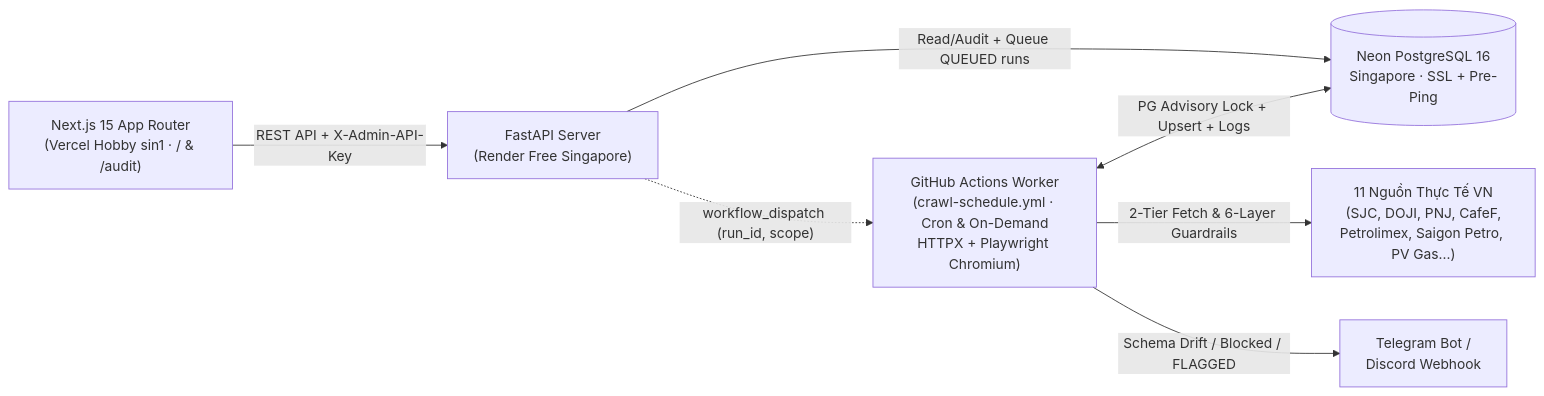
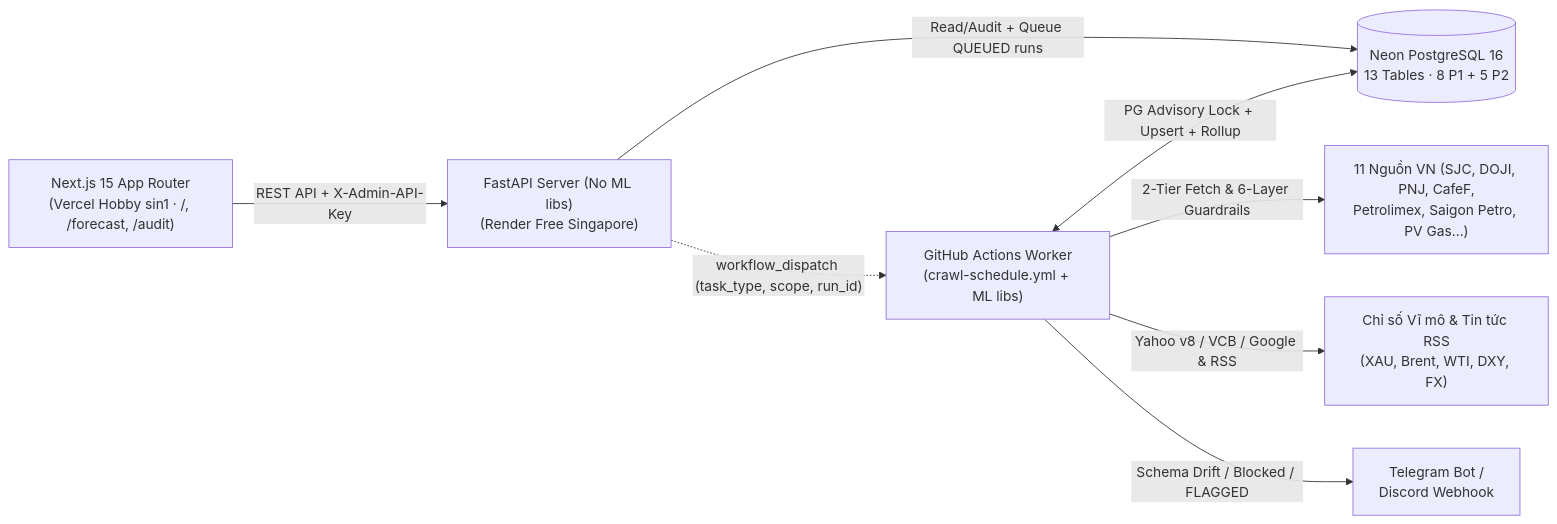
Before and after one commit to Dopdopman/vxg-tracker: the diagram in README.md, drawn with Mermaid. The commit also changed other lines of this file and 17 other files, not shown here.

Commit message:
feat(phase2): complete milestone 10 forecast ui, audit accuracy tab, ci, and docs

````diff
--- a/README.md
+++ b/README.md
@@ -18,9 +19,10 @@
 ```mermaid
 flowchart LR
-    WEB["Next.js 15 App Router\n(Vercel Hobby sin1 · / & /audit)"] -->|"REST API + X-Admin-API-Key"| API["FastAPI Server\n(Render Free Singapore)"]
-    API -->|"Read/Audit + Queue QUEUED runs"| DB[("Neon PostgreSQL 16\nSingapore · SSL + Pre-Ping")]
-    API -.->|"workflow_dispatch (run_id, scope)"| GHA["GitHub Actions Worker\n(crawl-schedule.yml · Cron & On-Demand\nHTTPX + Playwright Chromium)"]
-    GHA <-->|"PG Advisory Lock + Upsert + Logs"| DB
-    GHA -->|"2-Tier Fetch & 6-Layer Guardrails"| VN["11 Nguồn Thực Tế VN\n(SJC, DOJI, PNJ, CafeF,\nPetrolimex, Saigon Petro, PV Gas...)"]
+    WEB["Next.js 15 App Router\n(Vercel Hobby sin1 · /, /forecast, /audit)"] -->|"REST API + X-Admin-API-Key"| API["FastAPI Server (No ML libs)\n(Render Free Singapore)"]
+    API -->|"Read/Audit + Queue QUEUED runs"| DB[("Neon PostgreSQL 16\n13 Tables · 8 P1 + 5 P2")]
+    API -.->|"workflow_dispatch (task_type, scope, run_id)"| GHA["GitHub Actions Worker\n(crawl-schedule.yml + ML libs)"]
+    GHA <-->|"PG Advisory Lock + Upsert + Rollup"| DB
+    GHA -->|"2-Tier Fetch & 6-Layer Guardrails"| VN["11 Nguồn VN (SJC, DOJI, PNJ, CafeF,\nPetrolimex, Saigon Petro, PV Gas...)"]
+    GHA -->|"Yahoo v8 / VCB / Google & RSS"| MACRO["Chỉ số Vĩ mô & Tin tức RSS\n(XAU, Brent, WTI, DXY, FX)"]
     GHA -->|"Schema Drift / Blocked / FLAGGED"| ALERT["Telegram Bot /\nDiscord Webhook"]
 ```
````
